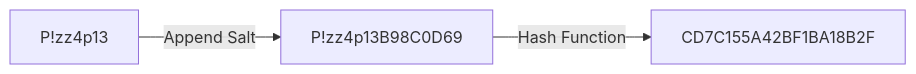
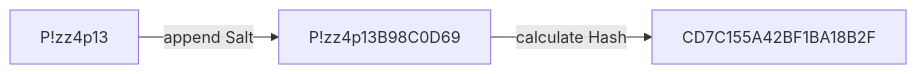
The second of 2 diagrams in README.md (anieldev/demonet), drawn with Mermaid before and after one commit.

````diff
--- a/README.md
+++ b/README.md
@@ -46,8 +46,8 @@
 ```mermaid
 graph LR
 
-pass[P!zz4p13] -- Append Salt --> salt[P!zz4p13B98C0D69] -- Hash Function --> hash[CD7C155A42BF1BA18B2F]
+pass[P!zz4p13] -- append Salt --> salt[P!zz4p13B98C0D69] -- calculate Hash --> hash[CD7C155A42BF1BA18B2F]
 
 
 
 ```
````
